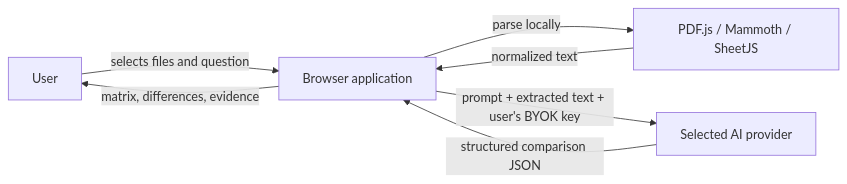
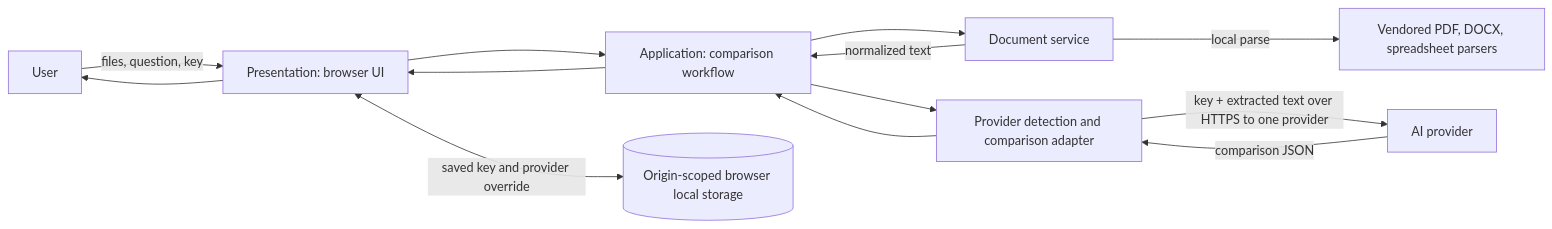
Before and after one commit to vijaykumarbs/compare-ai: the diagram in docs/architecture.md, drawn with Mermaid. The commit also changed other lines of this file and 206 other files, not shown here.

Commit message:
Simplify provider settings and persist browser key

````diff
--- a/docs/architecture.md
+++ b/docs/architecture.md
@@ -9,9 +9,13 @@
 ```mermaid
 flowchart LR
-  U[User] -->|selects files and question| B[Browser application]
-  B -->|parse locally| P[PDF.js / Mammoth / SheetJS]
-  P -->|normalized text| B
-  B -->|prompt + extracted text + user's BYOK key| A[Selected AI provider]
-  A -->|structured comparison JSON| B
-  B -->|matrix, differences, evidence| U
+  U[User] -->|files, question, key| P[Presentation: browser UI]
+  P --> A[Application: comparison workflow]
+  A --> D[Document service]
+  D -->|local parse| L[Vendored PDF, DOCX, spreadsheet parsers]
+  D -->|normalized text| A
+  A --> C[Provider detection and comparison adapter]
+  C -->|key + extracted text over HTTPS to one provider| X[AI provider]
+  X -->|comparison JSON| C
+  C --> A --> P --> U
+  P <-->|saved key and provider override| S[(Origin-scoped browser local storage)]
 ```
````
